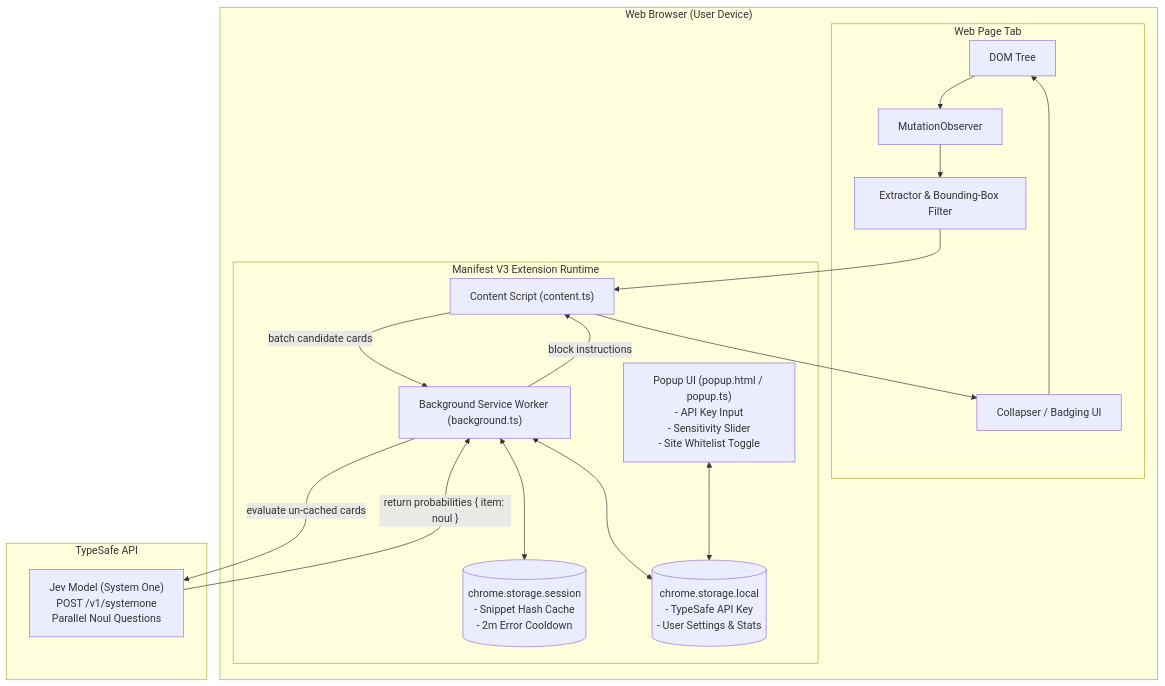
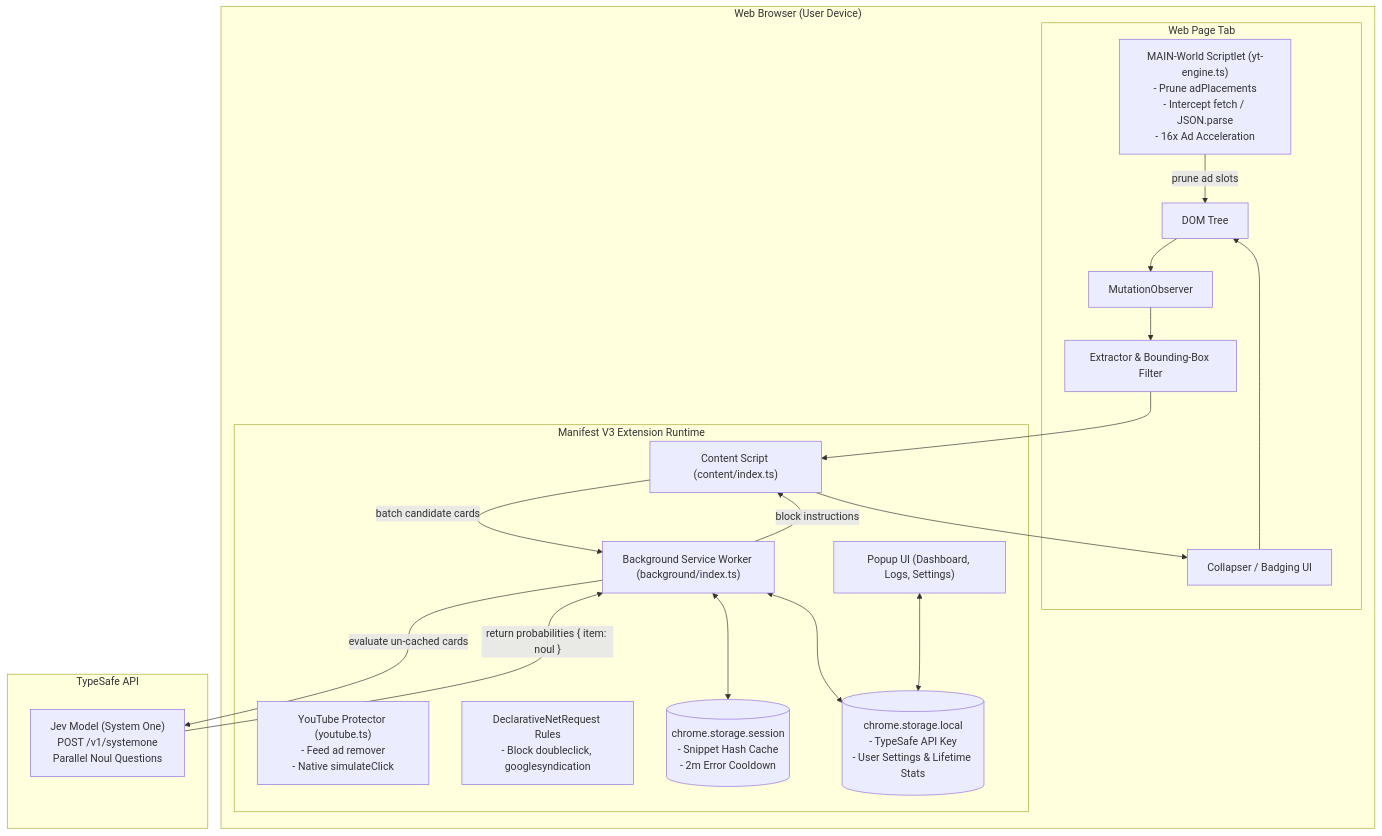
One commit to vmendes90/jev-shield changed the diagram in README.md. Above: the diagram before and after it, drawn with Mermaid. The commit also changed other lines of this file and 1 other file, not shown here.

Commit message:
docs: update README with dual-layer YouTube engine and create comprehensive AGENTS.md

````diff
--- a/README.md
+++ b/README.md
@@ -29,33 +38,37 @@
 ```mermaid
 flowchart TD
     subgraph WebBrowser ["Web Browser (User Device)"]
         subgraph WebPageTab ["Web Page Tab"]
             DOM["DOM Tree"]
             MO["MutationObserver"]
             Ext["Extractor & Bounding-Box Filter"]
             DOMMod["Collapser / Badging UI"]
+            YTEngine["MAIN-World Scriptlet (yt-engine.ts)\n- Prune adPlacements\n- Intercept fetch / JSON.parse\n- 16x Ad Acceleration"]
         end
 
         subgraph ExtensionRuntime ["Manifest V3 Extension Runtime"]
-            CS["Content Script (content.ts)"]
-            SW["Background Service Worker (background.ts)"]
+            CS["Content Script (content/index.ts)"]
+            YTProtector["YouTube Protector (youtube.ts)\n- Feed ad remover\n- Native simulateClick"]
+            DNR["DeclarativeNetRequest Rules\n- Block doubleclick, googlesyndication"]
+            SW["Background Service Worker (background/index.ts)"]
             StoreSession[("chrome.storage.session\n- Snippet Hash Cache\n- 2m Error Cooldown")]
-            StoreLocal[("chrome.storage.local\n- TypeSafe API Key\n- User Settings & Stats")]
-            Popup["Popup UI (popup.html / popup.ts)\n- API Key Input\n- Sensitivity Slider\n- Site Whitelist Toggle"]
+            StoreLocal[("chrome.storage.local\n- TypeSafe API Key\n- User Settings & Lifetime Stats")]
+            Popup["Popup UI (Dashboard, Logs, Settings)"]
         end
     end
 
     subgraph TypeSafeCloud ["TypeSafe API"]
         Jev["Jev Model (System One)\nPOST /v1/systemone\nParallel Noul Questions"]
     end
 
     DOM --> MO --> Ext --> CS
+    YTEngine -->|"prune ad slots"| DOM
     CS -->|"batch candidate cards"| SW
     SW <--> StoreSession
     SW <--> StoreLocal
     SW -->|"evaluate un-cached cards"| Jev
     Jev -->|"return probabilities { item: noul }"| SW
     SW -->|"block instructions"| CS
     CS --> DOMMod --> DOM
     Popup <--> StoreLocal
 ```
````
